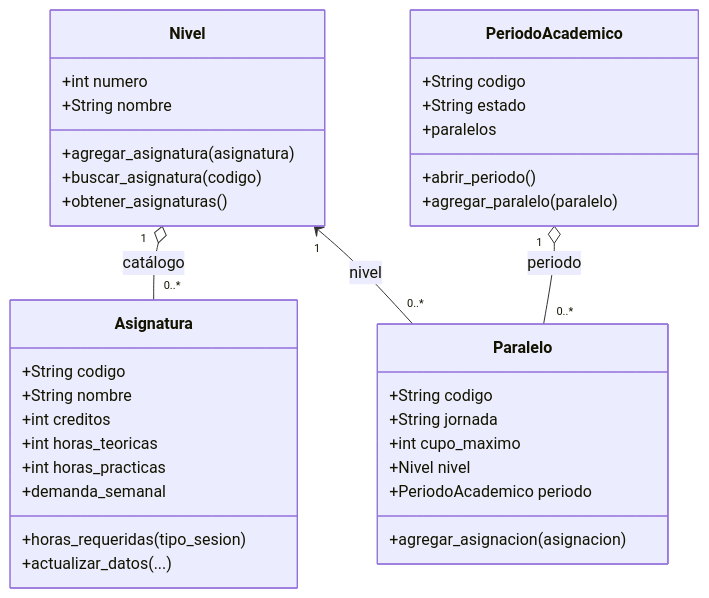
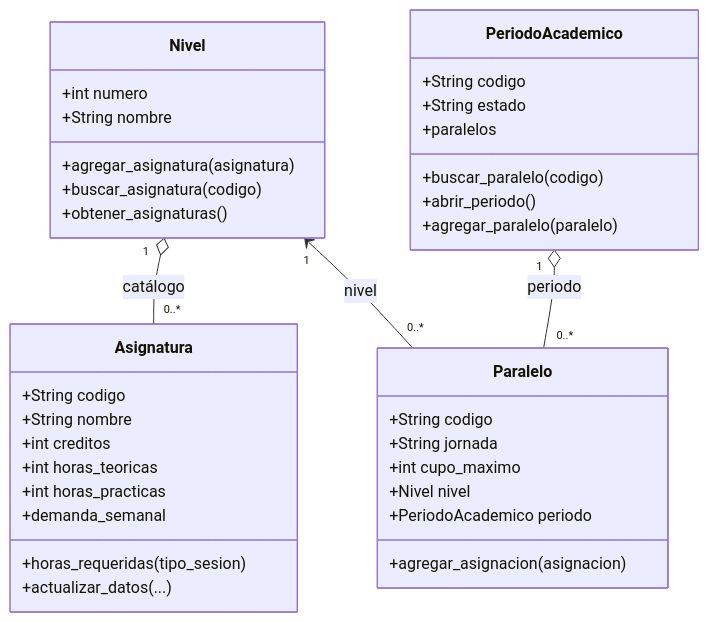
Before and after one commit to Farfansito/Proyecto-POO: the diagram in docs/uml_catalogo_academico.md, drawn with Mermaid. The commit also changed 2 other files, not shown here.

Commit message:
Agrega búsqueda de paralelos por código

````diff
--- a/docs/uml_catalogo_academico.md
+++ b/docs/uml_catalogo_academico.md
@@ -6,42 +6,43 @@
 ```mermaid
 classDiagram
     class Asignatura {
         +String codigo
         +String nombre
         +int creditos
         +int horas_teoricas
         +int horas_practicas
         +demanda_semanal
         +horas_requeridas(tipo_sesion)
         +actualizar_datos(...)
     }
 
     class Nivel {
         +int numero
         +String nombre
         +agregar_asignatura(asignatura)
         +buscar_asignatura(codigo)
         +obtener_asignaturas()
     }
 
     class Paralelo {
         +String codigo
         +String jornada
         +int cupo_maximo
         +Nivel nivel
         +PeriodoAcademico periodo
         +agregar_asignacion(asignacion)
     }
 
     class PeriodoAcademico {
         +String codigo
         +String estado
         +paralelos
+        +buscar_paralelo(codigo)
         +abrir_periodo()
         +agregar_paralelo(paralelo)
     }
 
     Nivel "1" o-- "0..*" Asignatura : catálogo
     Nivel "1" <-- "0..*" Paralelo : nivel
     PeriodoAcademico "1" o-- "0..*" Paralelo : periodo
 ```
````
